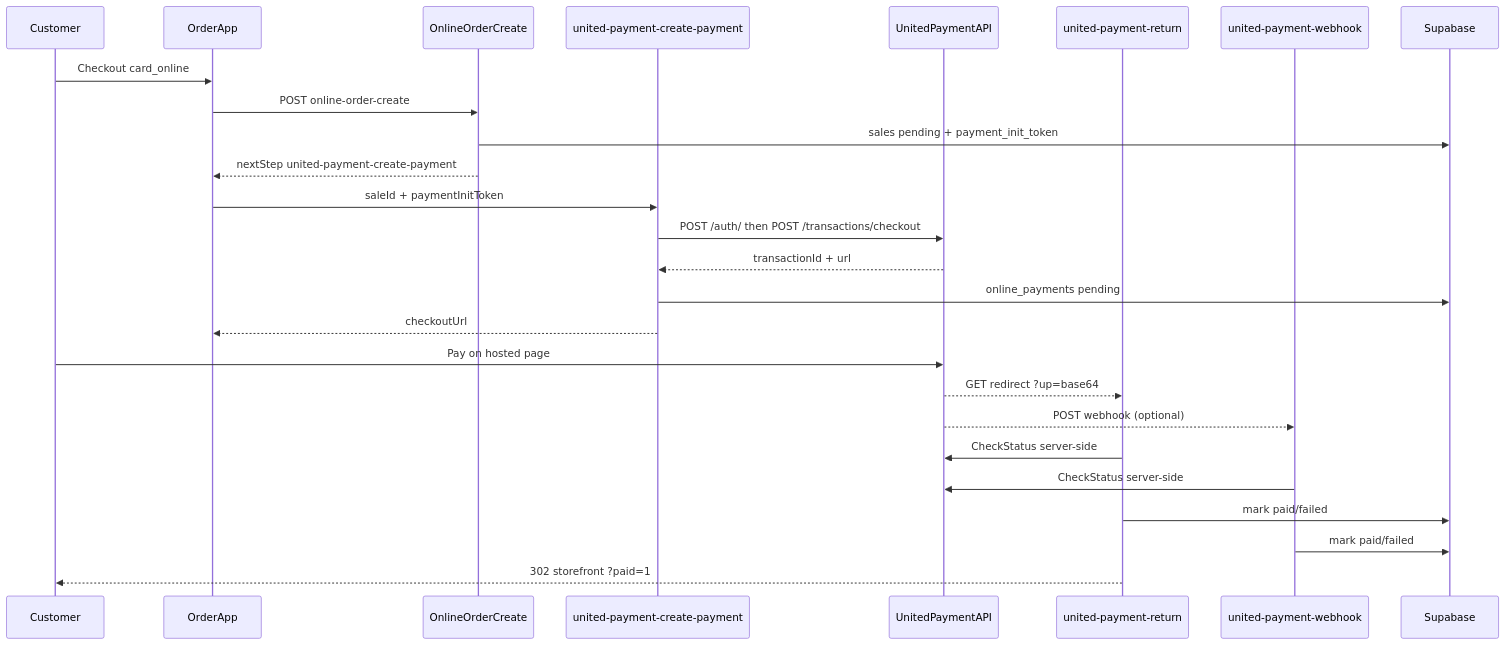
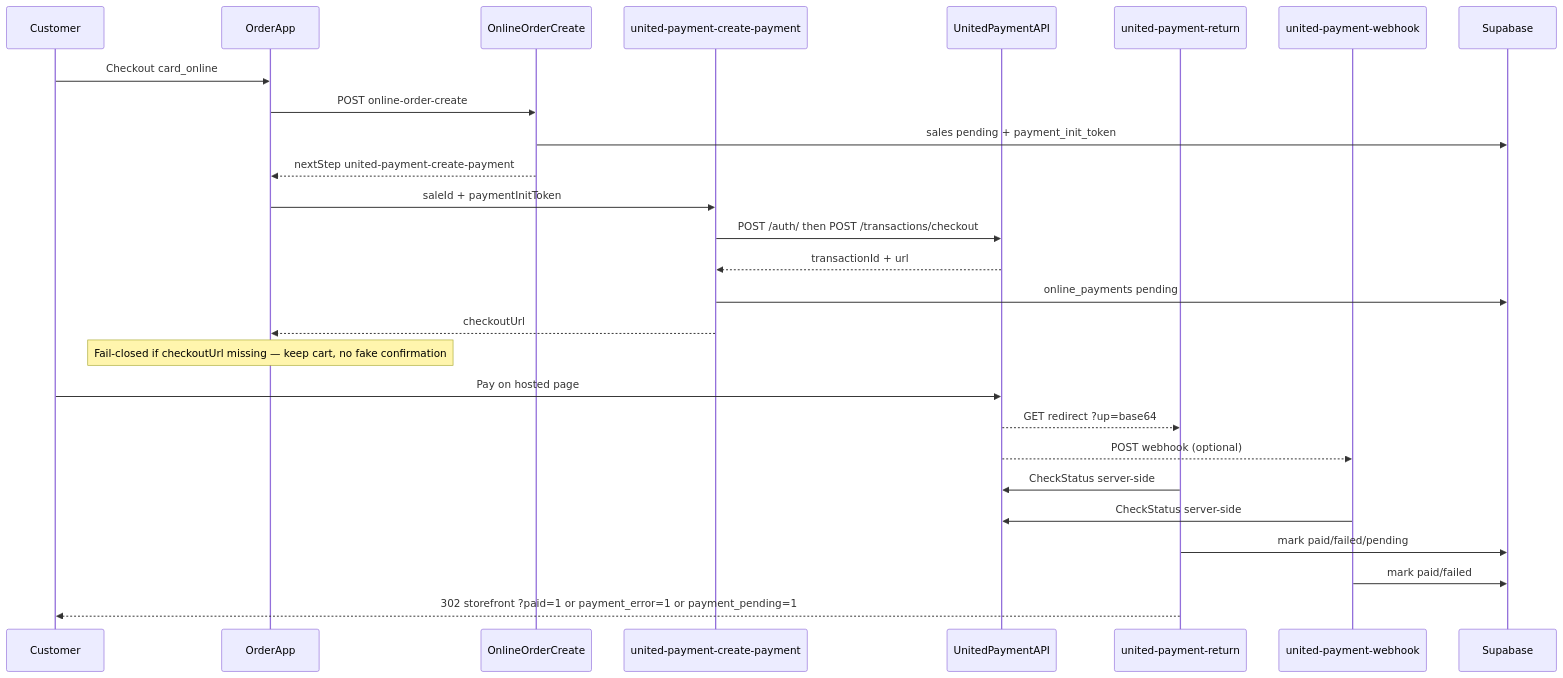
One commit to r00txpwn/Mings-F-App changed the diagram in docs/UNITED_PAYMENT_INTEGRATION.md. Above: the diagram before and after it, drawn with Mermaid. The commit also changed other lines of this file and 7 other files, not shown here.

First line of the commit message:
fix(order): fail-closed card init and pending-aware payment return (#32)

````diff
--- a/docs/UNITED_PAYMENT_INTEGRATION.md
+++ b/docs/UNITED_PAYMENT_INTEGRATION.md
@@ -7,29 +7,30 @@
 ```mermaid
 sequenceDiagram
   participant Customer
   participant OrderApp
   participant OnlineOrderCreate
   participant UPCreate as united-payment-create-payment
   participant UP as UnitedPaymentAPI
   participant UPReturn as united-payment-return
   participant UPWebhook as united-payment-webhook
   participant DB as Supabase
 
   Customer->>OrderApp: Checkout card_online
   OrderApp->>OnlineOrderCreate: POST online-order-create
   OnlineOrderCreate->>DB: sales pending + payment_init_token
   OnlineOrderCreate-->>OrderApp: nextStep united-payment-create-payment
   OrderApp->>UPCreate: saleId + paymentInitToken
   UPCreate->>UP: POST /auth/ then POST /transactions/checkout
   UP-->>UPCreate: transactionId + url
   UPCreate->>DB: online_payments pending
   UPCreate-->>OrderApp: checkoutUrl
+  Note over OrderApp: Fail-closed if checkoutUrl missing — keep cart, no fake confirmation
   Customer->>UP: Pay on hosted page
   UP-->>UPReturn: GET redirect ?up=base64
   UP-->>UPWebhook: POST webhook (optional)
   UPReturn->>UP: CheckStatus server-side
   UPWebhook->>UP: CheckStatus server-side
-  UPReturn->>DB: mark paid/failed
+  UPReturn->>DB: mark paid/failed/pending
   UPWebhook->>DB: mark paid/failed
-  UPReturn-->>Customer: 302 storefront ?paid=1
+  UPReturn-->>Customer: 302 storefront ?paid=1 or payment_error=1 or payment_pending=1
 ```
````
